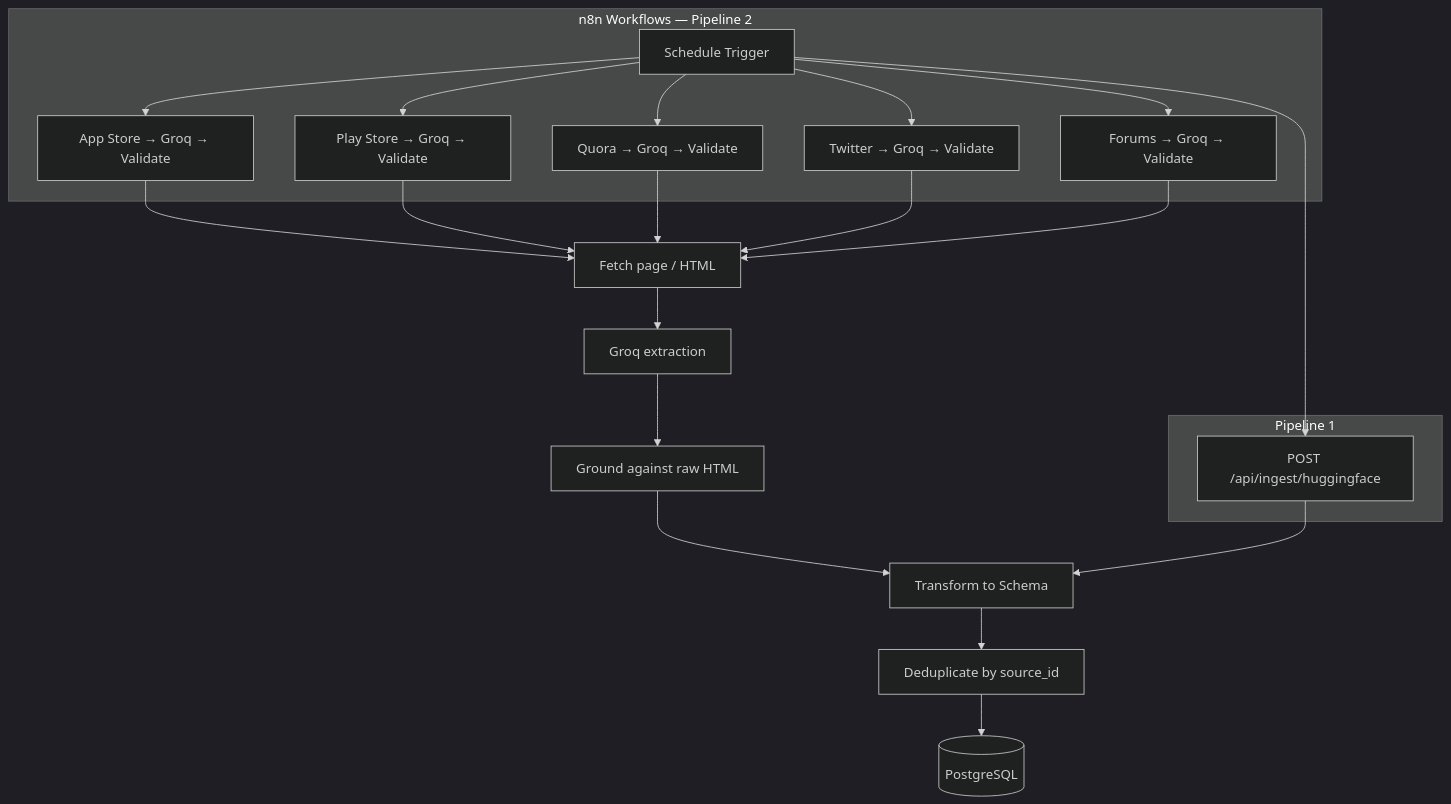
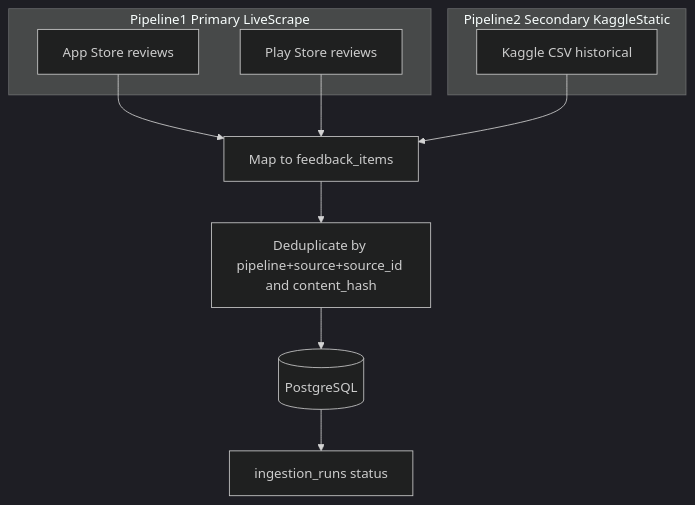
The sixth of 12 diagrams in docs/phase-wise-architecture.md (Aparnachandrashekar/voc-intelligence-platform), drawn with Mermaid (dark theme) before and after one commit. The commit also changed other lines of this file and 170 other files, not shown here.

````diff
--- a/docs/phase-wise-architecture.md
+++ b/docs/phase-wise-architecture.md
@@ -295,24 +377,17 @@
 ```mermaid
 flowchart TB
-    subgraph n8n["n8n Workflows — Pipeline 2"]
-        W1[App Store → Groq → Validate]
-        W2[Play Store → Groq → Validate]
-        W3[Quora → Groq → Validate]
-        W4[Twitter → Groq → Validate]
-        W5[Forums → Groq → Validate]
-        CRON[Schedule Trigger]
+    subgraph p1 [Pipeline1 Primary LiveScrape]
+        AS[App Store reviews]
+        GP[Play Store reviews]
+    end
+    subgraph p2 [Pipeline2 Secondary KaggleStatic]
+        KG[Kaggle CSV historical]
     end
 
-    subgraph HF["Pipeline 1"]
-        W6[POST /api/ingest/huggingface]
-    end
-
-    CRON --> W1 & W2 & W3 & W4 & W5 & W6
-    W1 & W2 & W3 & W4 & W5 --> FETCH[Fetch page / HTML]
-    FETCH --> GROQ[Groq extraction]
-    GROQ --> VAL[Ground against raw HTML]
-    VAL --> TRANS[Transform to Schema]
-    W6 --> TRANS
-    TRANS --> DEDUP[Deduplicate by source_id]
+    AS --> MAP[Map to feedback_items]
+    GP --> MAP
+    KG --> MAP
+    MAP --> DEDUP[Deduplicate by pipeline+source+source_id and content_hash]
     DEDUP --> PG[(PostgreSQL)]
+    PG --> RUNS[ingestion_runs status]
 ```
````
